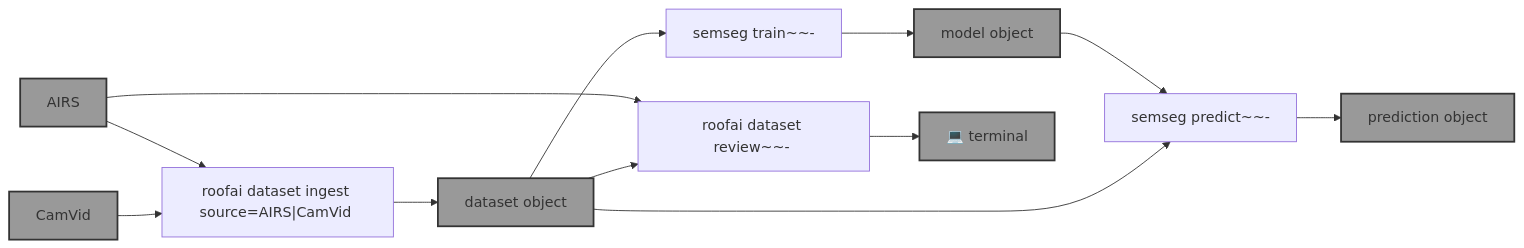
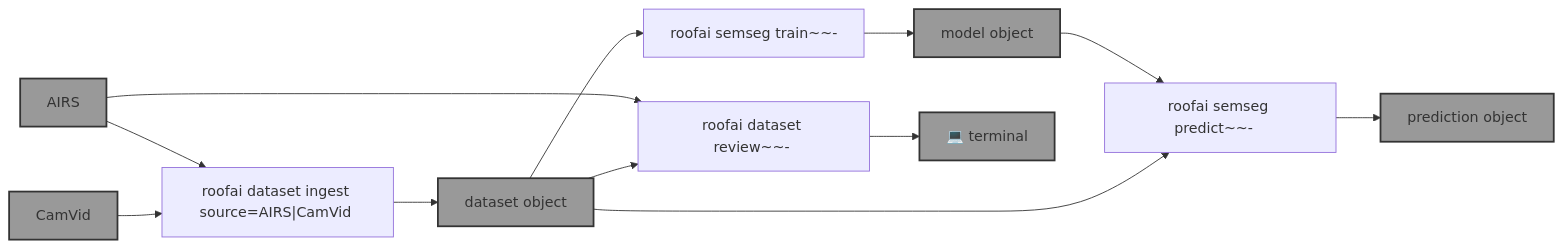
The diagram in template.md (kamangir/roofAI), drawn with Mermaid before and after one commit. The commit also changed 3 other files, not shown here.

````diff
--- a/template.md
+++ b/template.md
@@ -9,34 +9,34 @@
 ```mermaid
 graph LR
     dataset_ingest["roofai dataset ingest source=AIRS|CamVid <dataset-object-name>"]
 
     dataset_review["roofai dataset review~~- <dataset-object-name>"]
 
-    semseg_train["semseg train~~- <dataset-object-name> <model-object-name>"]
+    semseg_train["roofai semseg train~~- <dataset-object-name> <model-object-name>"]
 
-    semseg_predict["semseg predict~~- <model-object-name> <dataset-object-name> <prediction-object-name>"]
+    semseg_predict["roofai semseg predict~~- <model-object-name> <dataset-object-name> <prediction-object-name>"]
 
     AIRS["AIRS"]:::folder
     CamVid["CamVid"]:::folder
     dataset_object_name["dataset object"]:::folder
     model_object_name["model object"]:::folder
     prediction_object_name["prediction object"]:::folder
     terminal["💻 terminal"]:::folder
 
     AIRS --> dataset_ingest
     CamVid --> dataset_ingest
     dataset_ingest --> dataset_object_name
 
     AIRS --> dataset_review
     dataset_object_name --> dataset_review
     dataset_review --> terminal
 
     dataset_object_name --> semseg_train
     semseg_train --> model_object_name
 
     model_object_name --> semseg_predict
     dataset_object_name --> semseg_predict
     semseg_predict --> prediction_object_name
 
     classDef folder fill:#999,stroke:#333,stroke-width:2px;
 ```
````
